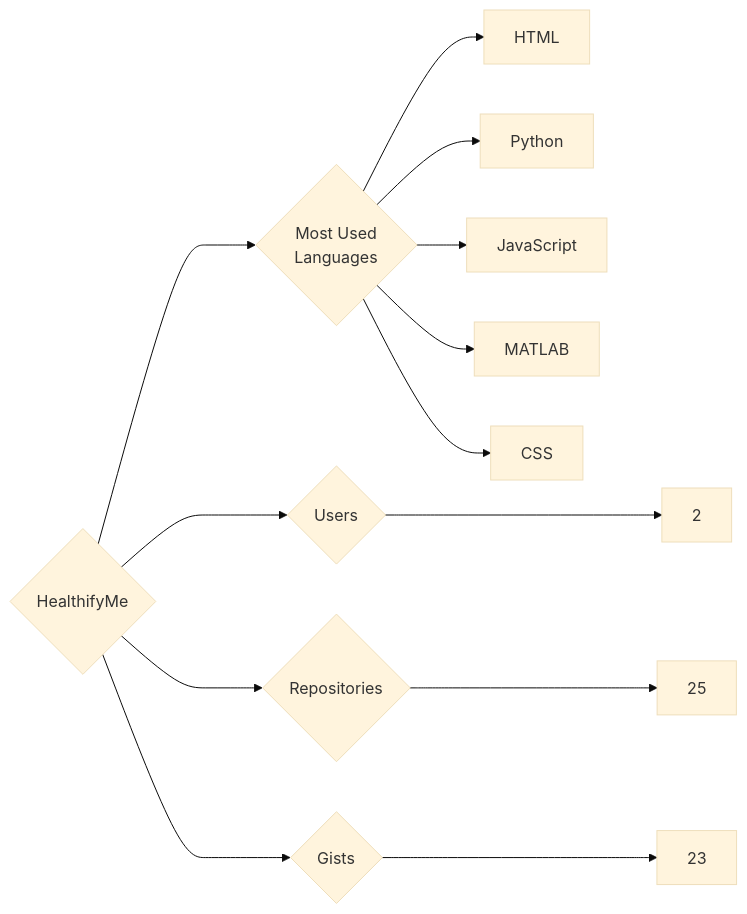
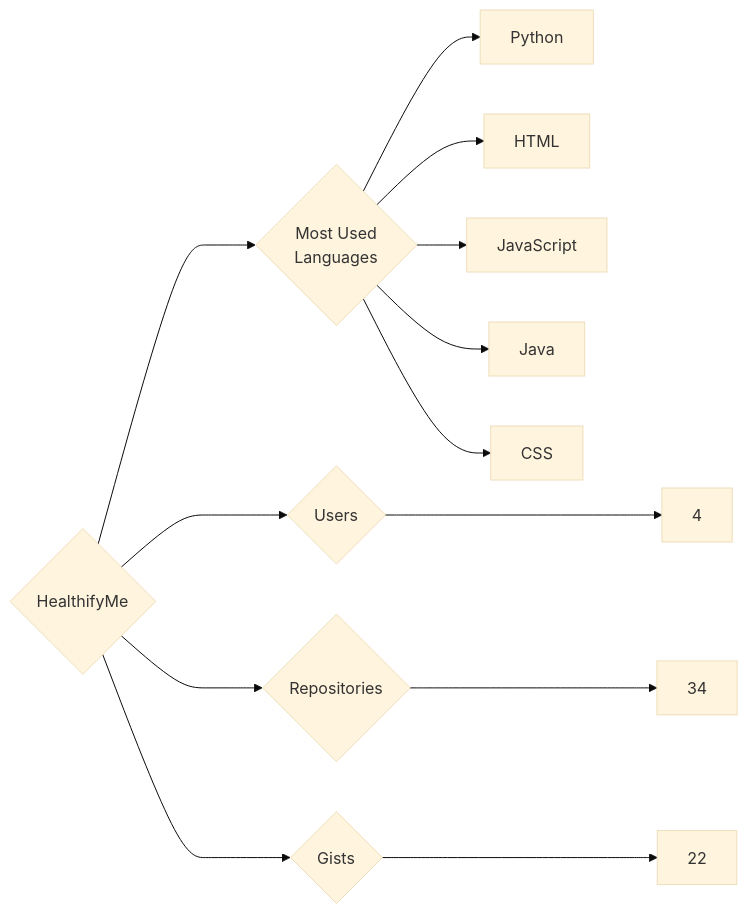
The diagram in targets/HealthifyMe/README.md (trickest/insiders), drawn with Mermaid (base theme) before and after one commit. The commit also changed 993 other files, not shown here.

````diff
--- a/targets/HealthifyMe/README.md
+++ b/targets/HealthifyMe/README.md
@@ -3,13 +3,13 @@
 ```mermaid
 graph LR
 COMPANY_NAME{HealthifyMe}
-COMPANY_NAME ---> U{Users} ---> UN[2]
-COMPANY_NAME ---> R{Repositories} ---> RN[25]
-COMPANY_NAME ---> G{Gists} ---> GN[23]
+COMPANY_NAME ---> U{Users} ---> UN[4]
+COMPANY_NAME ---> R{Repositories} ---> RN[34]
+COMPANY_NAME ---> G{Gists} ---> GN[22]
 COMPANY_NAME ---> ML{Most Used<br>Languages}
+ML --> Python[Python]
 ML --> HTML[HTML]
-ML --> Python[Python]
 ML --> JavaScript[JavaScript]
-ML --> MATLAB[MATLAB]
+ML --> Java[Java]
 ML --> CSS[CSS]
 ```
````
